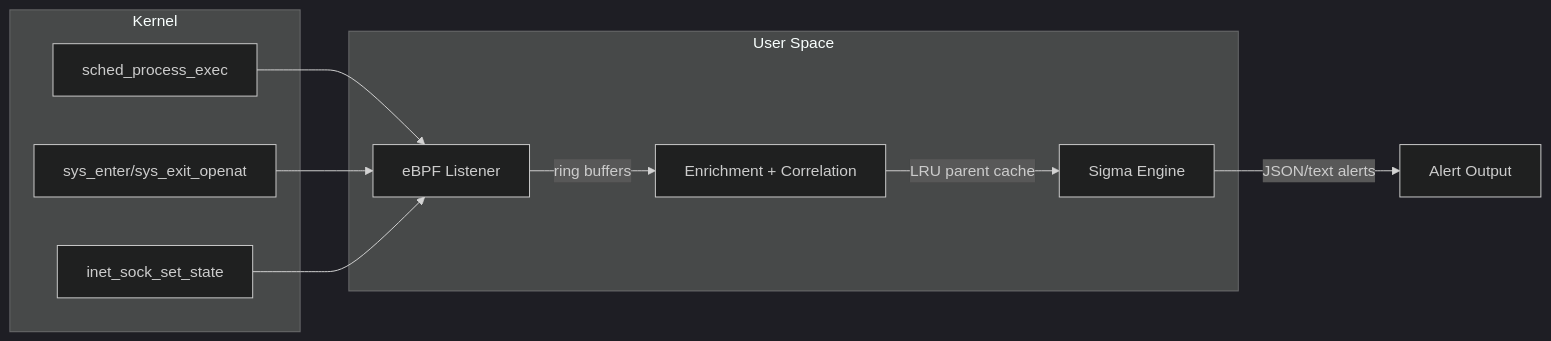
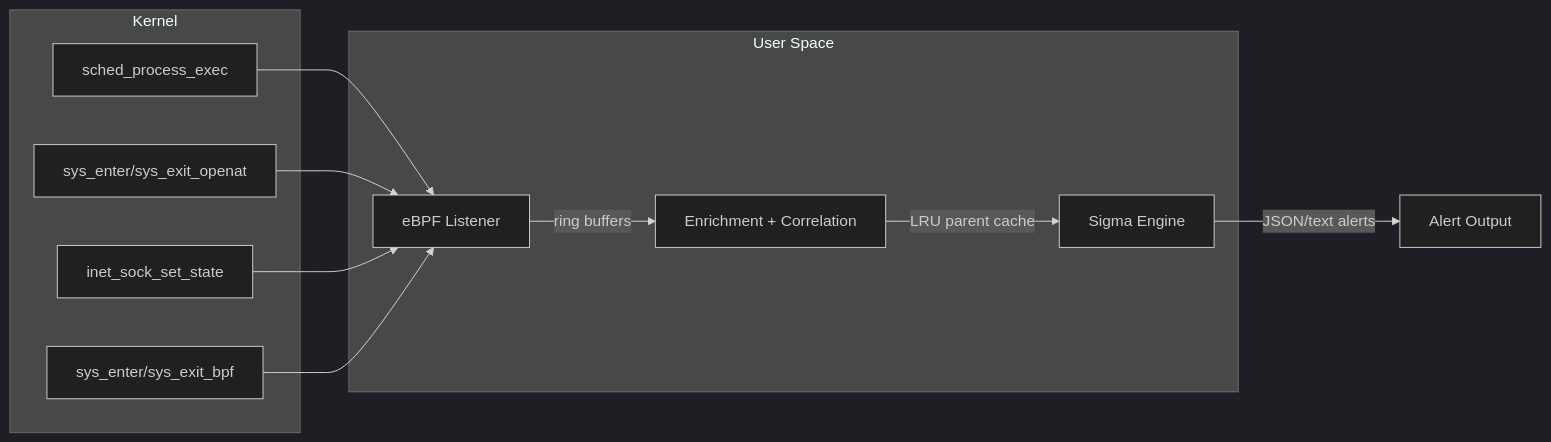
The diagram in README.md (pierrehpezier/aurora-linux), drawn with Mermaid (dark theme) before and after one commit. The commit also changed other lines of this file, not shown here.

````diff
--- a/README.md
+++ b/README.md
@@ -9,21 +9,23 @@
 ```mermaid
 flowchart LR
   subgraph KERNEL["Kernel"]
     E1["sched_process_exec"]
     E2["sys_enter/sys_exit_openat"]
     E3["inet_sock_set_state"]
+    E4["sys_enter/sys_exit_bpf"]
   end
 
   subgraph USER["User Space"]
     L["eBPF Listener"]
     C["Enrichment + Correlation"]
     S["Sigma Engine"]
   end
 
   E1 --> L
   E2 --> L
   E3 --> L
+  E4 --> L
   L -->|ring buffers| C
   C -->|LRU parent cache| S
   S -->|JSON/text alerts| A["Alert Output"]
 ```
````
